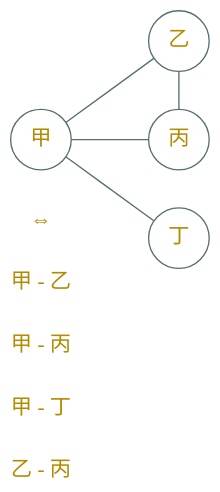
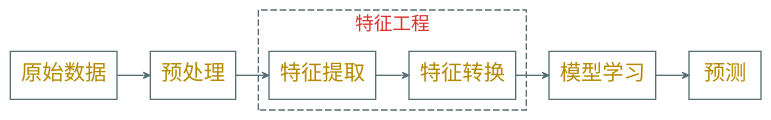
The fourth of 8 diagrams in 2021/01.md (Avanti1980/course-gnn), drawn with Graphviz before and after one commit. The commit also changed other lines of this file and 43 other files, not shown here.

````diff
--- a/2021/01.md
+++ b/2021/01.md
@@ -198,25 +539,20 @@
 ```dot
 digraph g {
-    graph [nodesep=0.4, ranksep=0.8]
+    graph [nodesep=0.35, ranksep=0.35]
     rankdir=LR
-    node [shape=plain color="#586e75" fontname="EBG,fzlz" fontcolor="#b58900" fontsize=16]
-    edge [arrowhead=vee arrowsize=0.5 color="#586e75" fontname="EBG,fzlz" fontcolor="#268bd2" fontsize=12]
+    node [shape=box color="#586e75" fontname="EBG,fzlz" fontcolor="#b58900" fontsize=16]
+    edge [arrowhead=vee color="#586e75" fontname="EBG,fzlz" fontcolor="#268bd2" fontsize=16 arrowsize=0.5]
     bgcolor="transparent"
 
-    concentrate=true
+    原始数据 -> 预处理 -> 特征提取 -> 特征转换 -> 模型学习 -> 预测
 
-    {rank = same; "乙 - 丙"; "甲 - 丁"; "甲 - 丙"; "甲 - 乙"}
-
-    { rank=same "⇔" }
-
-    node [shape=circle]
-
-    edge [arrowhead=none]
-
-    甲 -> {乙 丙 丁}
-
-    {rank = same 乙 丙 丁}
-
-    乙 -> 丙
+    subgraph cluster_1 {
+        color="#586e75"
+        fontcolor="#dc322f"
+        fontname="EBG,fzlz"
+        style="dashed"
+        label="特征工程"
+        特征提取 特征转换
+    }
 }
 ```
````
